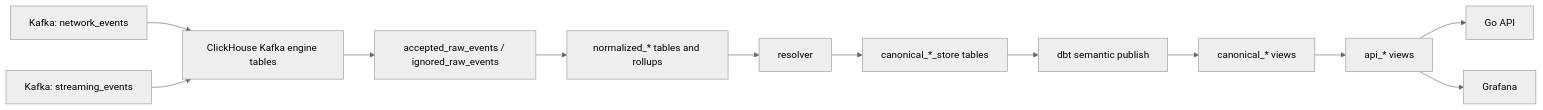
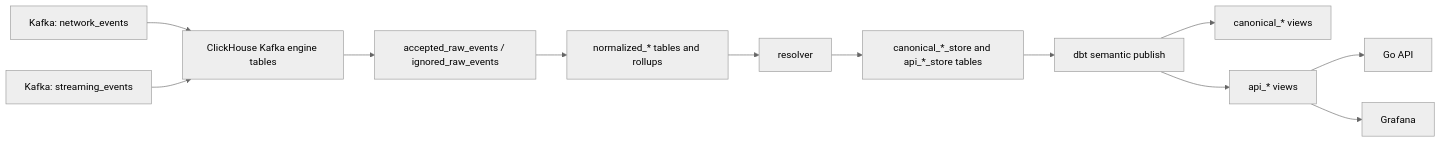
Before and after one commit to Cloud-SPE/livepeer-naap-analytics: the first of 4 diagrams in docs/design-docs/system-visuals.md, drawn with Mermaid (neutral theme). The commit also changed other lines of this file and 378 other files, not shown here.

````diff
--- a/docs/design-docs/system-visuals.md
+++ b/docs/design-docs/system-visuals.md
@@ -9,27 +9,27 @@
 ```mermaid
 flowchart LR
     K1[Kafka: network_events]
     K2[Kafka: streaming_events]
     CHK[ClickHouse Kafka engine tables]
     RAW[accepted_raw_events / ignored_raw_events]
     NORM[normalized_* tables and rollups]
     RES[resolver]
-    CSTORE[canonical_*_store tables]
+    CSTORE[canonical_*_store and api_*_store tables]
     DBT[dbt semantic publish]
     CVIEW[canonical_* views]
     AVIEW[api_* views]
     API[Go API]
     GRAF[Grafana]
 
     K1 --> CHK
     K2 --> CHK
     CHK --> RAW
     RAW --> NORM
     NORM --> RES
     RES --> CSTORE
     CSTORE --> DBT
     DBT --> CVIEW
-    CVIEW --> AVIEW
+    DBT --> AVIEW
     AVIEW --> API
     AVIEW --> GRAF
 ```
````
